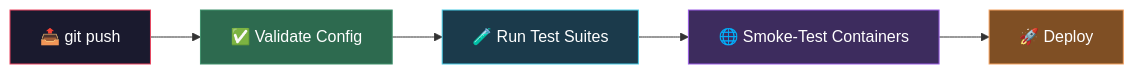
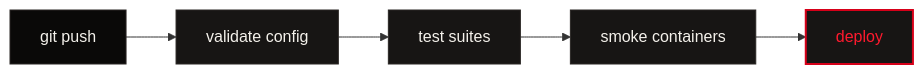
Before and after one commit to reARbitRA/konkred-AI-ecosystem: the fourth of 4 diagrams in README.md, drawn with Mermaid. The commit also changed other lines of this file, not shown here.

````diff
--- a/README.md
+++ b/README.md
@@ -408,13 +446,13 @@
 ```mermaid
 graph LR
-    PUSH["📤 git push"] --> VALIDATE["✅ Validate Config"]
-    VALIDATE --> TEST["🧪 Run Test Suites"]
-    TEST --> SMOKE["🌐 Smoke-Test Containers"]
-    SMOKE --> DEPLOY["🚀 Deploy"]
+    A["git push"] --> B["validate config"]
+    B --> C["test suites"]
+    C --> D["smoke containers"]
+    D --> E["deploy"]
 
-    style PUSH fill:#1a1a2e,stroke:#e94560,color:#fff
-    style VALIDATE fill:#2d6a4f,stroke:#40916c,color:#fff
-    style TEST fill:#1b3a4b,stroke:#48cae4,color:#fff
-    style SMOKE fill:#3d2c5e,stroke:#9b5de5,color:#fff
-    style DEPLOY fill:#7f4f24,stroke:#f4a261,color:#fff
+    style A fill:#0a0908,stroke:#2a2624,color:#f4f1eb
+    style B fill:#171514,stroke:#2a2624,color:#f4f1eb
+    style C fill:#171514,stroke:#2a2624,color:#f4f1eb
+    style D fill:#171514,stroke:#2a2624,color:#f4f1eb
+    style E fill:#171514,stroke:#d60019,stroke-width:2px,color:#ff1a2e
 ```
````
